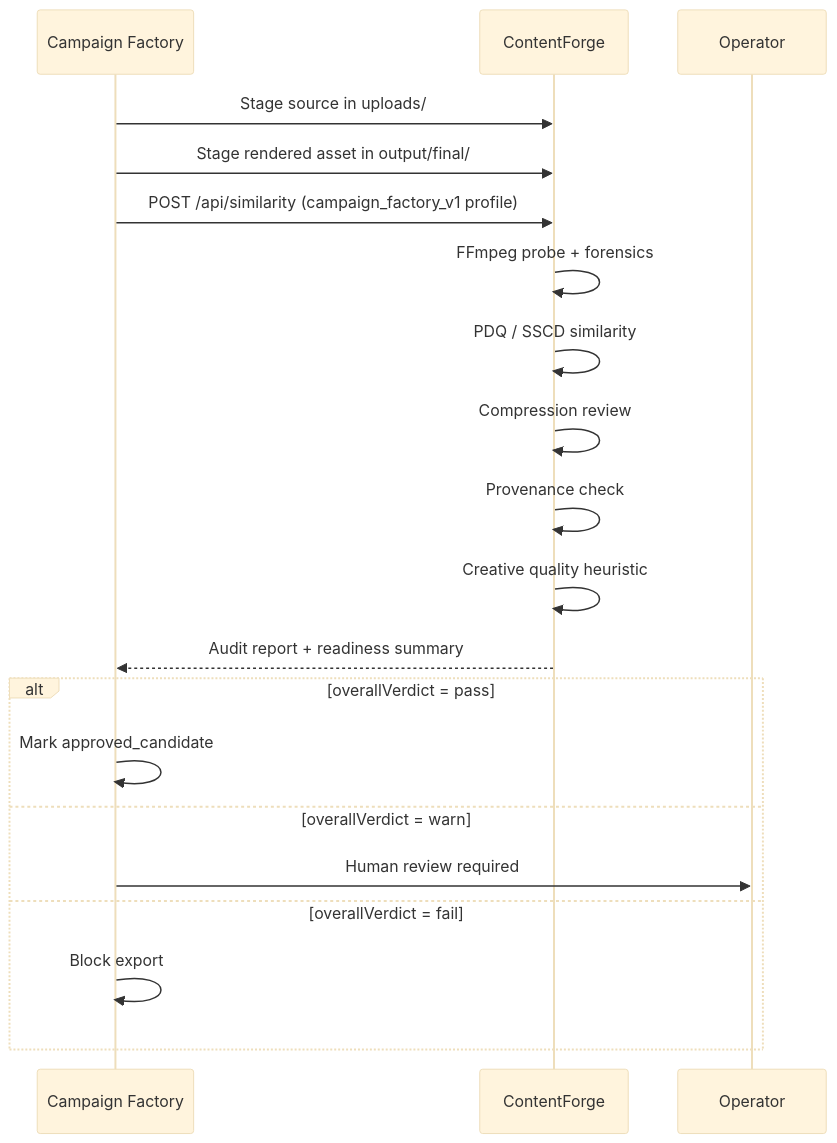
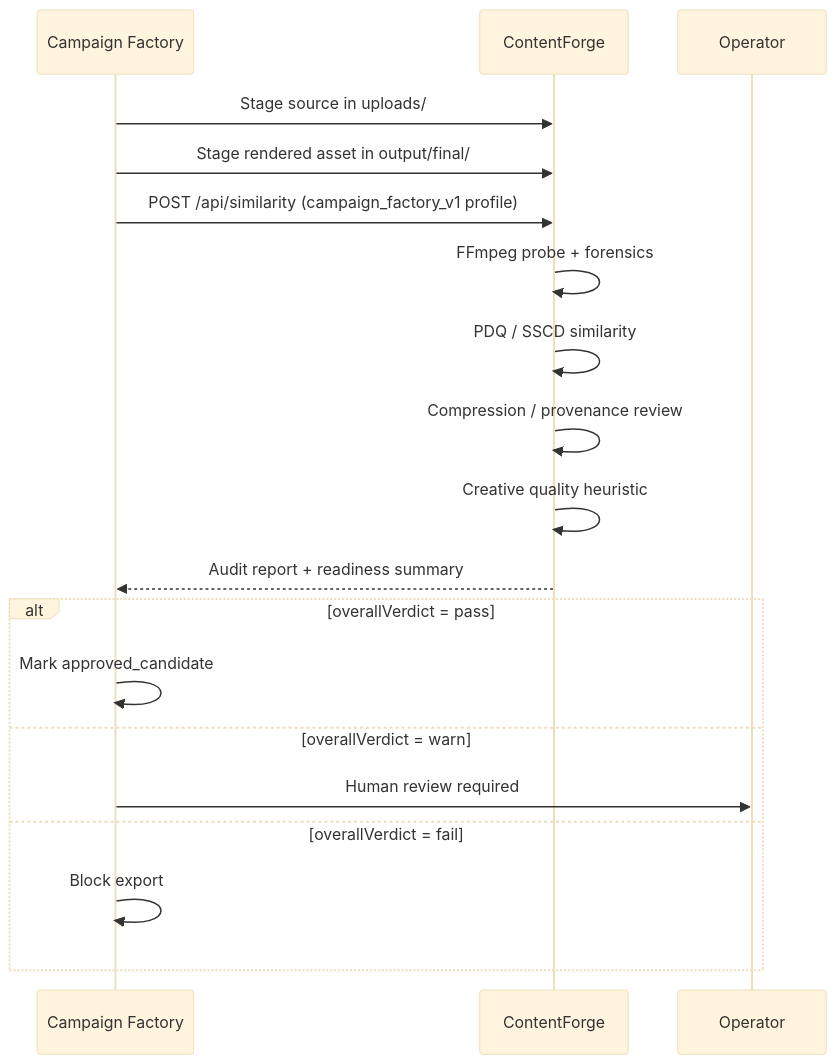
Before and after one commit to adersouza/creator-os: the fourth of 5 diagrams in ARCHITECTURE.md, drawn with Mermaid (base theme). The commit also changed other lines of this file and 4 other files, not shown here.

````diff
--- a/ARCHITECTURE.md
+++ b/ARCHITECTURE.md
@@ -143,23 +143,22 @@
 ```mermaid
 sequenceDiagram
     participant CF as Campaign Factory
     participant CFG as ContentForge
     participant Op as Operator
 
     CF->>CFG: Stage source in uploads/
     CF->>CFG: Stage rendered asset in output/final/
     CF->>CFG: POST /api/similarity (campaign_factory_v1 profile)
     CFG->>CFG: FFmpeg probe + forensics
     CFG->>CFG: PDQ / SSCD similarity
-    CFG->>CFG: Compression review
-    CFG->>CFG: Provenance check
+    CFG->>CFG: Compression / provenance review
     CFG->>CFG: Creative quality heuristic
     CFG-->>CF: Audit report + readiness summary
     alt overallVerdict = pass
         CF->>CF: Mark approved_candidate
     else overallVerdict = warn
         CF->>Op: Human review required
     else overallVerdict = fail
         CF->>CF: Block export
     end
 ```
````
